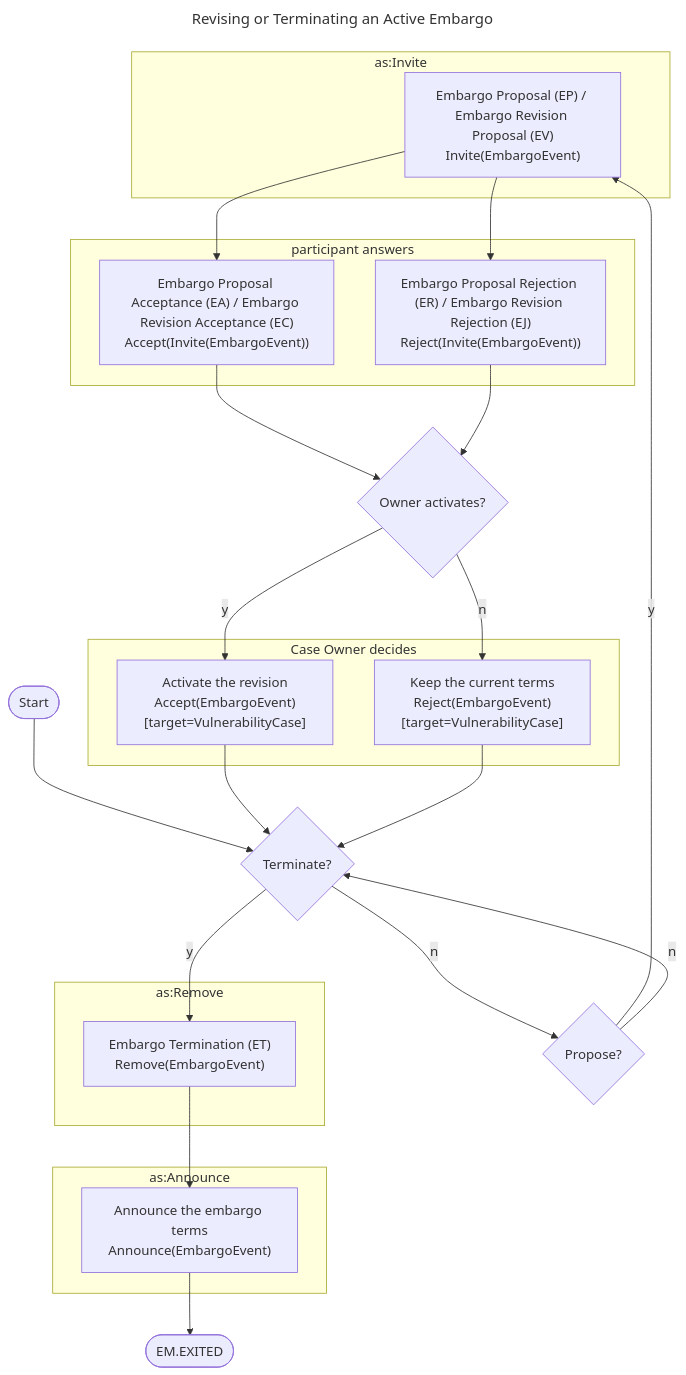
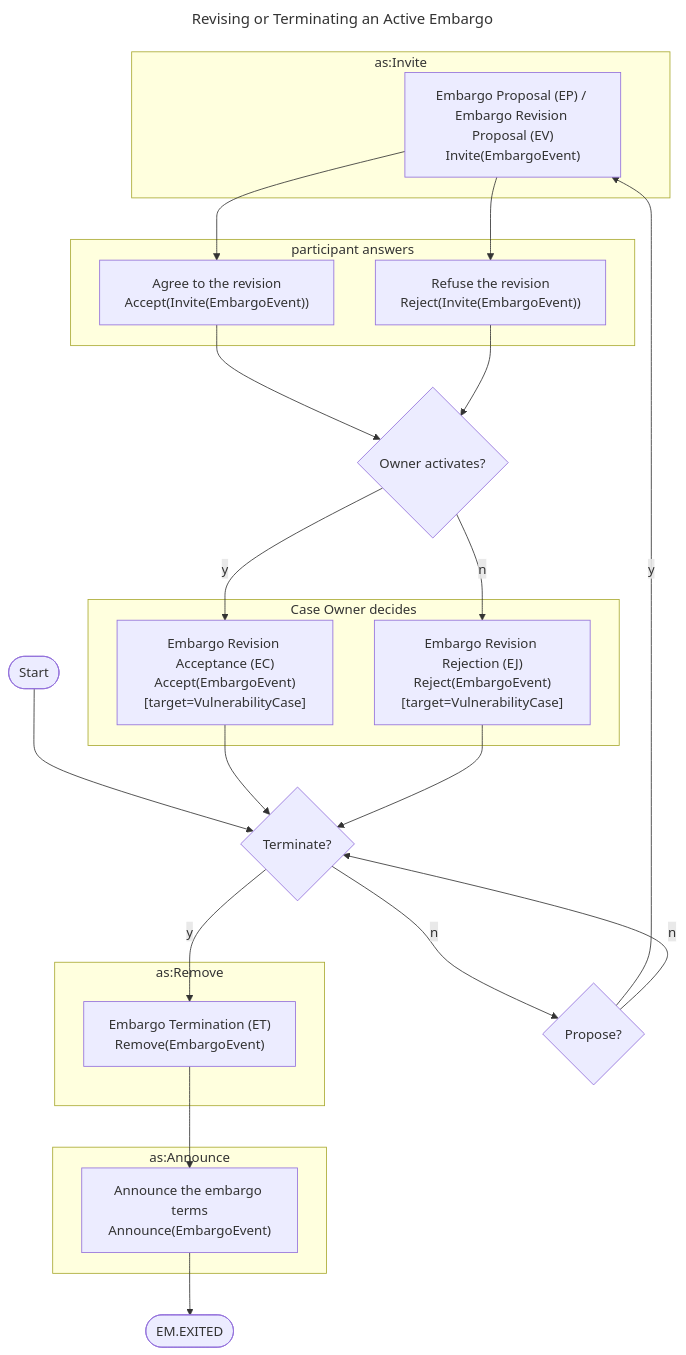
Before and after one commit to CERTCC/Vultron: the diagram in docs/howto/activitypub/activities/manage_embargo.md, drawn with Mermaid. The commit also changed other lines of this file and 42 other files, not shown here.

First line of the commit message:
feat(msm): tag the Case Owner's embargo decision with EA, EC, ER and EJ

````diff
--- a/docs/howto/activitypub/activities/manage_embargo.md
+++ b/docs/howto/activitypub/activities/manage_embargo.md
@@ -41,38 +41,38 @@
 ```mermaid
 ---
 title: Revising or Terminating an Active Embargo
 ---
 flowchart TB
     subgraph as:Invite
         EmProposeEmbargo["Embargo Proposal (EP) / Embargo Revision Proposal (EV)<br/>Invite(EmbargoEvent)"]
     end
     subgraph participant answers
-        EmAcceptEmbargo["Embargo Proposal Acceptance (EA) / Embargo Revision Acceptance (EC)<br/>Accept(Invite(EmbargoEvent))"]
-        EmRejectEmbargo["Embargo Proposal Rejection (ER) / Embargo Revision Rejection (EJ)<br/>Reject(Invite(EmbargoEvent))"]
+        EmAcceptEmbargo["Agree to the revision<br/>Accept(Invite(EmbargoEvent))"]
+        EmRejectEmbargo["Refuse the revision<br/>Reject(Invite(EmbargoEvent))"]
     end
     subgraph Case Owner decides
-        ActivateEmbargo["Activate the revision<br/>Accept(EmbargoEvent)[target=VulnerabilityCase]"]
-        RejectEmbargoProposal["Keep the current terms<br/>Reject(EmbargoEvent)[target=VulnerabilityCase]"]
+        ActivateEmbargo["Embargo Revision Acceptance (EC)<br/>Accept(EmbargoEvent)[target=VulnerabilityCase]"]
+        RejectEmbargoProposal["Embargo Revision Rejection (EJ)<br/>Reject(EmbargoEvent)[target=VulnerabilityCase]"]
     end
     subgraph as:Remove
         RemoveEmbargoFromCase["Embargo Termination (ET)<br/>Remove(EmbargoEvent)"]
     end
     subgraph as:Announce
         AnnounceEmbargo["Announce the embargo terms<br/>Announce(EmbargoEvent)"]
     end
     start([Start]) --> t{Terminate?}
     t -->|n| p{Propose?}
     p -->|y| EmProposeEmbargo
     p -->|n| t
     EmProposeEmbargo --> EmAcceptEmbargo
     EmProposeEmbargo --> EmRejectEmbargo
     EmAcceptEmbargo --> d{Owner activates?}
     EmRejectEmbargo --> d
     d -->|y| ActivateEmbargo
     d -->|n| RejectEmbargoProposal
     ActivateEmbargo --> t
     RejectEmbargoProposal --> t
     t -->|y| RemoveEmbargoFromCase
     RemoveEmbargoFromCase --> AnnounceEmbargo
     AnnounceEmbargo --> exited([EM.EXITED])
 ```
````
